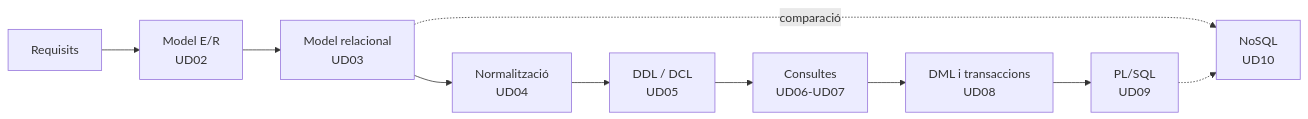
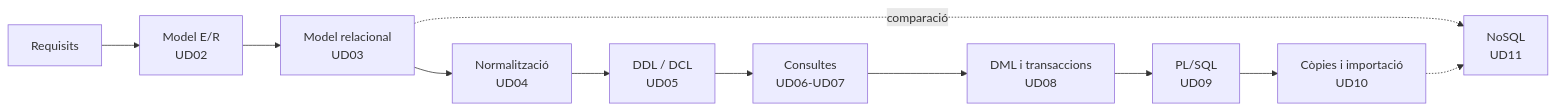
Before and after one commit to LorenaLResusta/GBD: the diagram in content.val/_index.md, drawn with Mermaid. The commit also changed other lines of this file and 89 other files, not shown here.

````diff
--- a/content.val/_index.md
+++ b/content.val/_index.md
@@ -25,12 +25,13 @@
 ```mermaid
 flowchart LR
     A[Requisits] --> B[Model E/R<br/>UD02]
     B --> C[Model relacional<br/>UD03]
     C --> D[Normalització<br/>UD04]
     D --> E[DDL / DCL<br/>UD05]
     E --> F[Consultes<br/>UD06-UD07]
     F --> G[DML i transaccions<br/>UD08]
     G --> H[PL/SQL<br/>UD09]
-    C -.comparació.-> I[NoSQL<br/>UD10]
-    H -.-> I
+    H --> J[Còpies i importació<br/>UD10]
+    C -.comparació.-> I[NoSQL<br/>UD11]
+    J -.-> I
 ```
````
